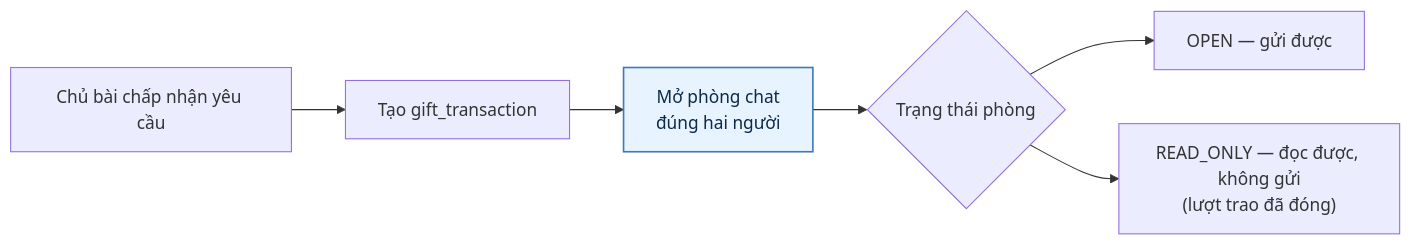
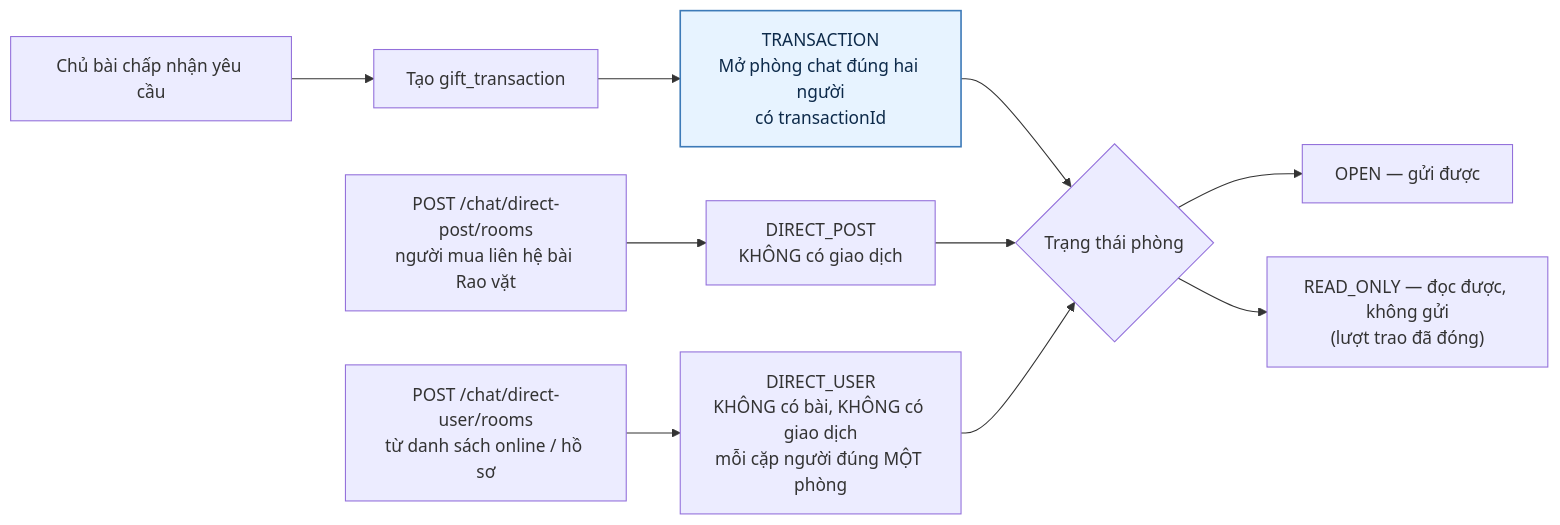
The first of 7 diagrams in docs/diagram/09-chat.md (fdshn/trueheart), drawn with Mermaid before and after one commit. The commit also changed other lines of this file and 49 other files, not shown here.

First line of the commit message:
docs: đối chiếu toàn bộ tài liệu sống với code, sinh danh sách route tự động

````diff
--- a/docs/diagram/09-chat.md
+++ b/docs/diagram/09-chat.md
@@ -11,10 +15,14 @@
 ```mermaid
 flowchart LR
     A[Chủ bài chấp nhận yêu cầu] --> B[Tạo gift_transaction]
-    B --> C[Mở phòng chat<br/>đúng hai người]
+    B --> C["TRANSACTION<br/>Mở phòng chat đúng hai người<br/>có transactionId"]
+    A2["POST /chat/direct-post/rooms<br/>người mua liên hệ bài Rao vặt"] --> C2["DIRECT_POST<br/>KHÔNG có giao dịch"]
+    A3["POST /chat/direct-user/rooms<br/>từ danh sách online / hồ sơ"] --> C3["DIRECT_USER<br/>KHÔNG có bài, KHÔNG có giao dịch<br/>mỗi cặp người đúng MỘT phòng"]
     C --> D{Trạng thái phòng}
+    C2 --> D
+    C3 --> D
     D --> E["OPEN — gửi được"]
     D --> F["READ_ONLY — đọc được, không gửi<br/>(lượt trao đã đóng)"]
 
     style C fill:#e7f3ff,stroke:#3d7ab8,stroke-width:1.5px,color:#0d2a4a
 ```
````
